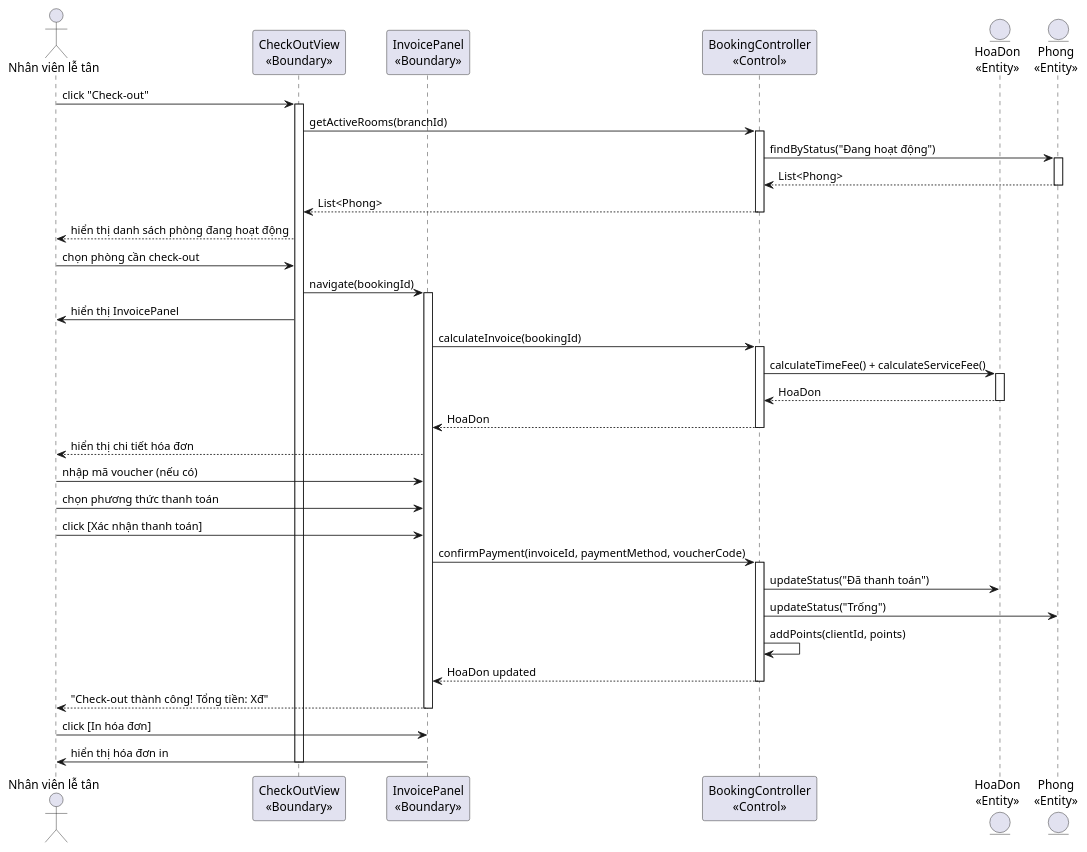
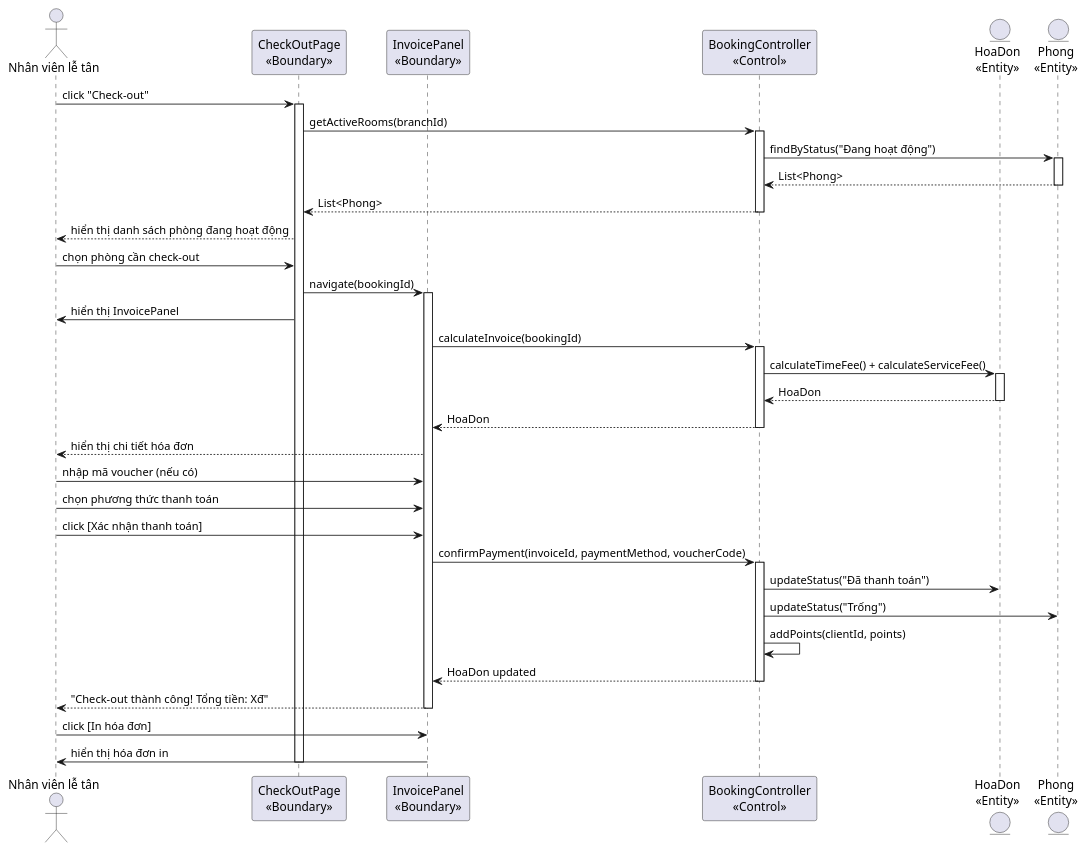
One commit to thanhtrnnn/cnpm changed the third of 4 diagrams in docs/tabs/section-booking-iii.4.md. Above: the diagram before and after it, drawn with PlantUML. The commit also changed other lines of this file and 1 other file, not shown here.

First line of the commit message:
fix: update sequence diagram narrative with React class names

````diff
--- a/docs/tabs/section-booking-iii.4.md
+++ b/docs/tabs/section-booking-iii.4.md
@@ -178,54 +178,54 @@
 ```plantuml
 @startuml
 actor "Nhân viên lễ tân" as NV
-participant "CheckOutView\n<<Boundary>>" as CheckOut
+participant "CheckOutPage\n<<Boundary>>" as CheckOut
 participant "InvoicePanel\n<<Boundary>>" as Invoice
 participant "BookingController\n<<Control>>" as Ctrl
 entity "HoaDon\n<<Entity>>" as HD
 entity "Phong\n<<Entity>>" as Phong
 
 NV -> CheckOut: click "Check-out"
 activate CheckOut
 CheckOut -> Ctrl: getActiveRooms(branchId)
 activate Ctrl
 Ctrl -> Phong: findByStatus("Đang hoạt động")
 activate Phong
 Phong --> Ctrl: List<Phong>
 deactivate Phong
 Ctrl --> CheckOut: List<Phong>
 deactivate Ctrl
 CheckOut --> NV: hiển thị danh sách phòng đang hoạt động
 
 NV -> CheckOut: chọn phòng cần check-out
 CheckOut -> Invoice: navigate(bookingId)
 activate Invoice
 CheckOut -> NV: hiển thị InvoicePanel
 
 Invoice -> Ctrl: calculateInvoice(bookingId)
 activate Ctrl
 Ctrl -> HD: calculateTimeFee() + calculateServiceFee()
 activate HD
 HD --> Ctrl: HoaDon
 deactivate HD
 Ctrl --> Invoice: HoaDon
 deactivate Ctrl
 Invoice --> NV: hiển thị chi tiết hóa đơn
 
 NV -> Invoice: nhập mã voucher (nếu có)
 NV -> Invoice: chọn phương thức thanh toán
 NV -> Invoice: click [Xác nhận thanh toán]
 Invoice -> Ctrl: confirmPayment(invoiceId, paymentMethod, voucherCode)
 activate Ctrl
 Ctrl -> HD: updateStatus("Đã thanh toán")
 Ctrl -> Phong: updateStatus("Trống")
 Ctrl -> Ctrl: addPoints(clientId, points)
 Ctrl --> Invoice: HoaDon updated
 deactivate Ctrl
 Invoice --> NV: "Check-out thành công! Tổng tiền: Xđ"
 deactivate Invoice
 
 NV -> Invoice: click [In hóa đơn]
 Invoice -> NV: hiển thị hóa đơn in
 deactivate CheckOut
 @enduml
 ```
````
